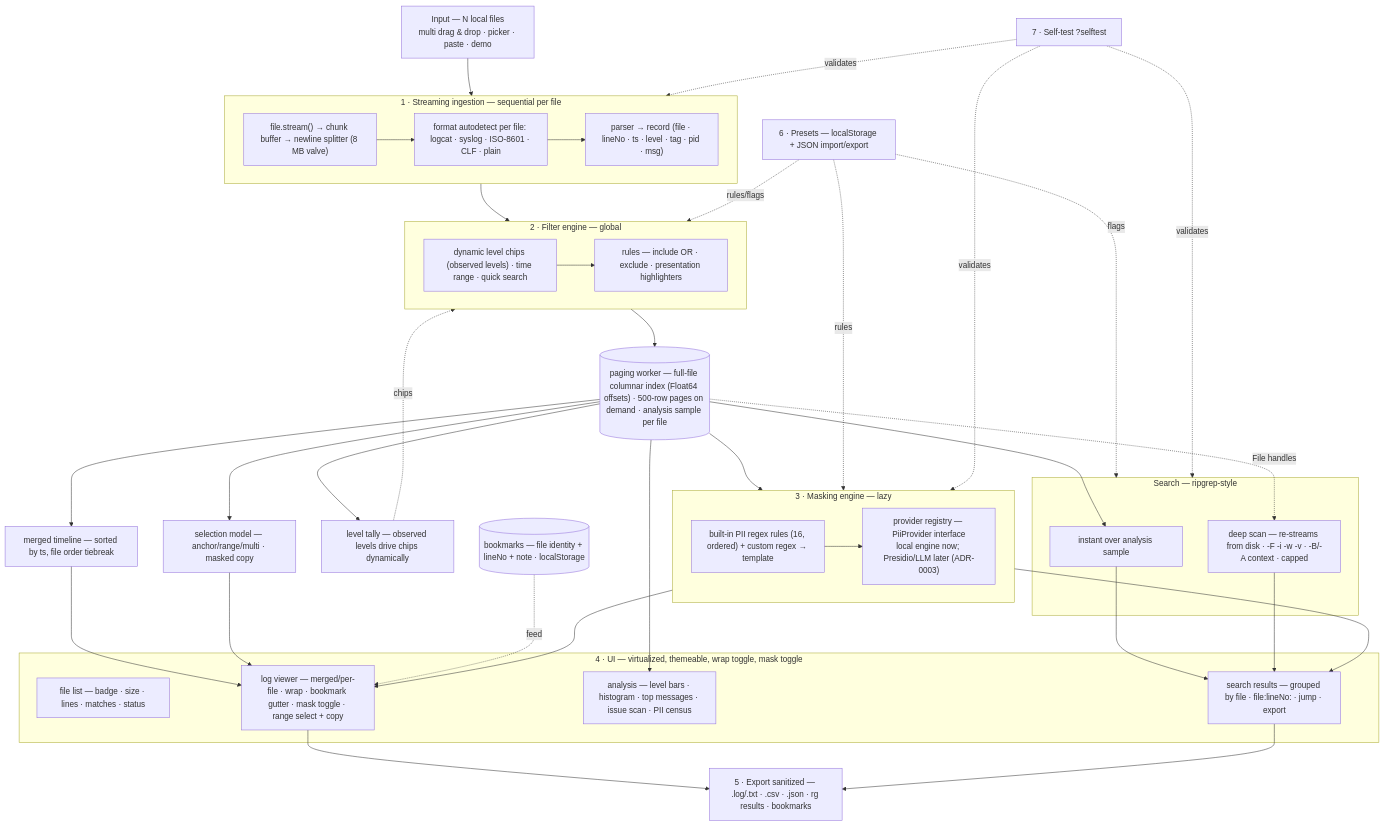
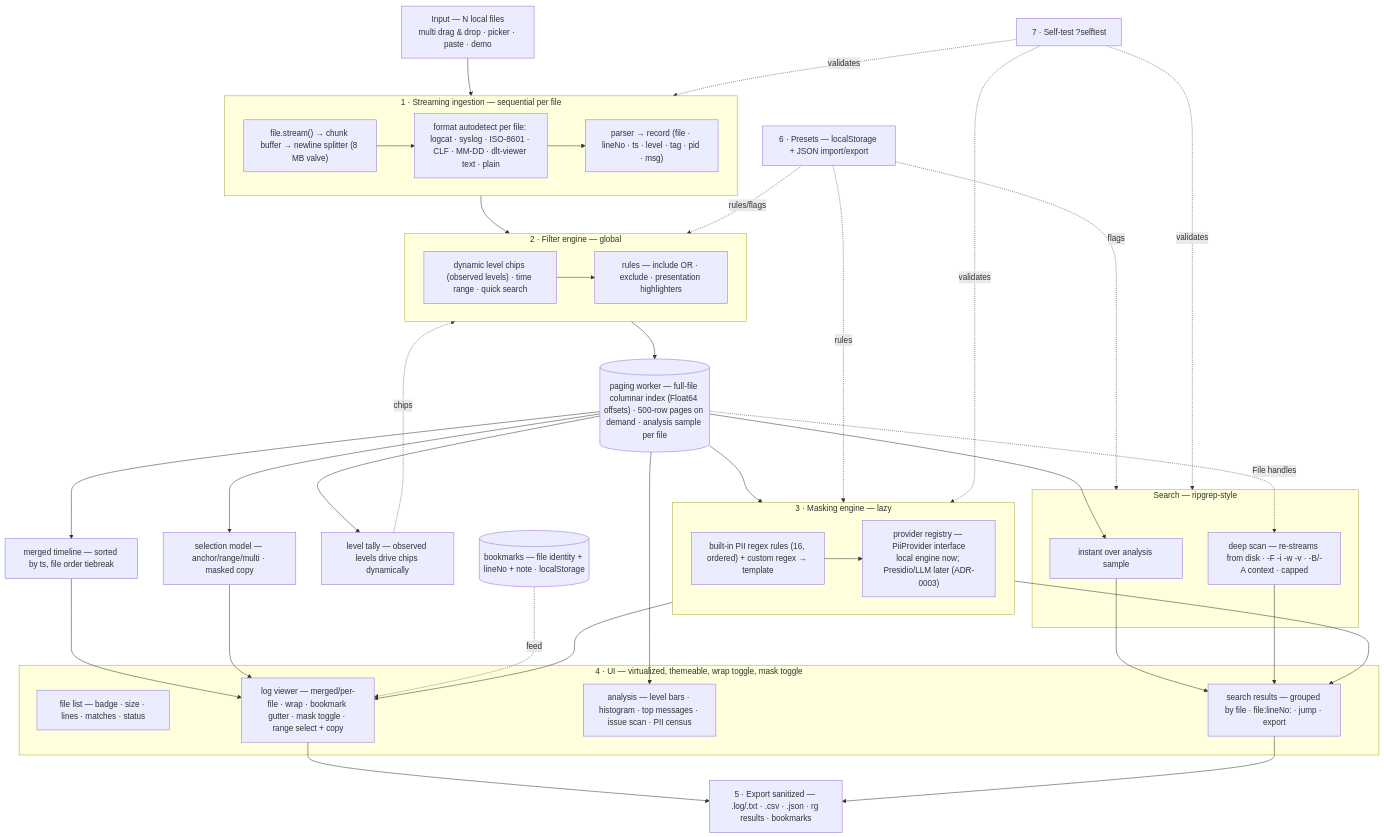
Before and after one commit to CJ-1981/log-triage: the diagram in docs/architecture.md, drawn with Mermaid. The commit also changed other lines of this file and 4 other files, not shown here.

Commit message:
docs: FR-27 text-converted DLT support, ADR-0014 defers binary and FIBEX

````diff
--- a/docs/architecture.md
+++ b/docs/architecture.md
@@ -5,58 +5,58 @@
 ```mermaid
 flowchart TD
     IN["Input — N local files<br>multi drag & drop · picker · paste · demo"]
     subgraph S1["1 · Streaming ingestion — sequential per file"]
         A1["file.stream() → chunk buffer → newline splitter (8 MB valve)"]
-        A2["format autodetect per file: logcat · syslog · ISO-8601 · CLF · plain"]
+        A2["format autodetect per file: logcat · syslog · ISO-8601 · CLF · MM-DD · dlt-viewer text · plain"]
         A3["parser → record (file · lineNo · ts · level · tag · pid · msg)"]
         A1 --> A2 --> A3
     end
     subgraph S2["2 · Filter engine — global"]
         B1["dynamic level chips (observed levels) · time range · quick search"]
         B2["rules — include OR · exclude · presentation highlighters"]
         B1 --> B2
     end
     STORE[("paging worker — full-file columnar index (Float64 offsets) · 500-row pages on demand · analysis sample per file")]
     LV["level tally — observed levels drive chips dynamically"]
     MERGE["merged timeline — sorted by ts, file order tiebreak"]
     subgraph S3["3 · Masking engine — lazy"]
         C1["built-in PII regex rules (16, ordered) + custom regex → template"]
         C2["provider registry — PiiProvider interface<br>local engine now; Presidio/LLM later (ADR-0003)"]
         C1 --> C2
     end
     subgraph SR["Search — ripgrep-style"]
         R1["instant over analysis sample"]
         R2["deep scan — re-streams from disk · -F -i -w -v · -B/-A context · capped"]
     end
     BM[("bookmarks — file identity + lineNo + note · localStorage")]
     SEL["selection model — anchor/range/multi · masked copy"]
     subgraph S4["4 · UI — virtualized, themeable, wrap toggle, mask toggle"]
         D0["file list — badge · size · lines · matches · status"]
         D1["log viewer — merged/per-file · wrap · bookmark gutter · mask toggle · range select + copy"]
         D2["analysis — level bars · histogram · top messages · issue scan · PII census"]
         D5["search results — grouped by file · file:lineNo: · jump · export"]
     end
     E1["5 · Export sanitized — .log/.txt · .csv · .json · rg results · bookmarks"]
     P["6 · Presets — localStorage + JSON import/export"]
     T["7 · Self-test ?selftest"]
     IN --> S1 --> S2 --> STORE
     STORE --> LV -. chips .-> S2
     STORE --> MERGE --> D1
     STORE --> S3 --> D1
     STORE --> SEL --> D1
     STORE --> R1
     STORE -. File handles .-> R2
     BM -. feed .-> D1
     S3 --> D5
     R1 --> D5
     R2 --> D5
     STORE --> D2
     D1 --> E1
     D5 --> E1
     P -. rules/flags .-> S2
     P -. rules .-> S3
     P -. flags .-> SR
     T -. validates .-> S1
     T -. validates .-> S3
     T -. validates .-> SR
 ```
````
